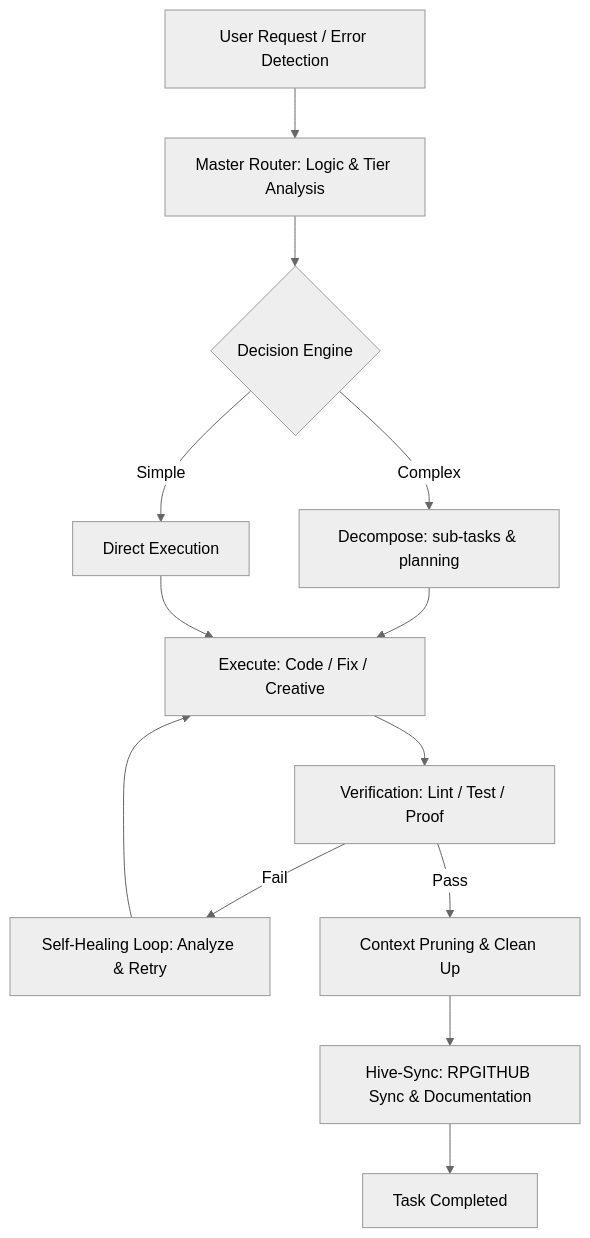
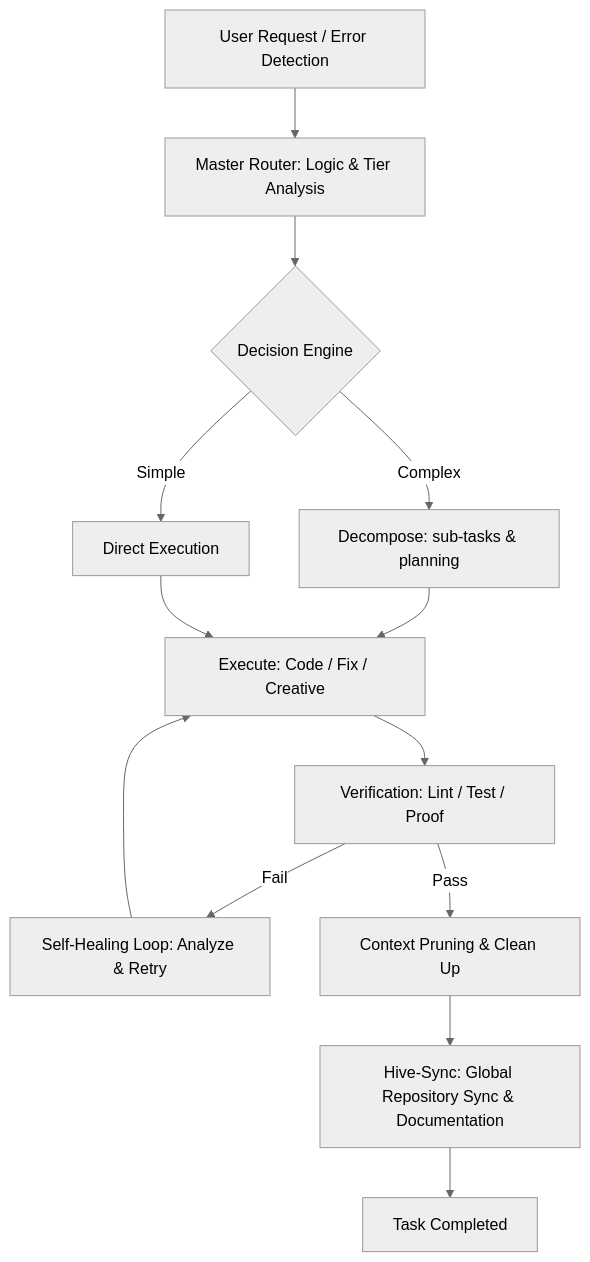
Before and after one commit to ngTwg/Branding-Focused: the first of 2 diagrams in README.md, drawn with Mermaid (neutral theme). The commit also changed other lines of this file and 50 other files, not shown here.

Commit message:
docs(core): final v6.2.0 'Solid-State' architecture cleanup & PII sanitization

````diff
--- a/README.md
+++ b/README.md
@@ -45,15 +45,15 @@
 ```mermaid
 graph TD
     A[User Request / Error Detection] --> B[Master Router: Logic & Tier Analysis]
     B --> C{Decision Engine}
     C -->|Complex| D[Decompose: sub-tasks & planning]
     C -->|Simple| E[Direct Execution]
     D --> F[Execute: Code / Fix / Creative]
     E --> F
     F --> G[Verification: Lint / Test / Proof]
     G -->|Fail| H[Self-Healing Loop: Analyze & Retry]
     H --> F
     G -->|Pass| I[Context Pruning & Clean Up]
-    I --> J[Hive-Sync: RPGITHUB Sync & Documentation]
+    I --> J[Hive-Sync: Global Repository Sync & Documentation]
     J --> K[Task Completed]
 ```
````
